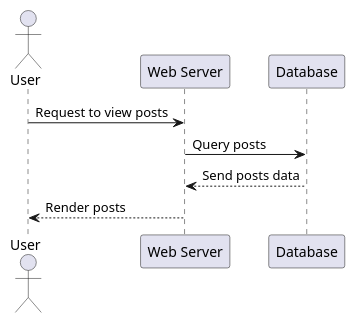
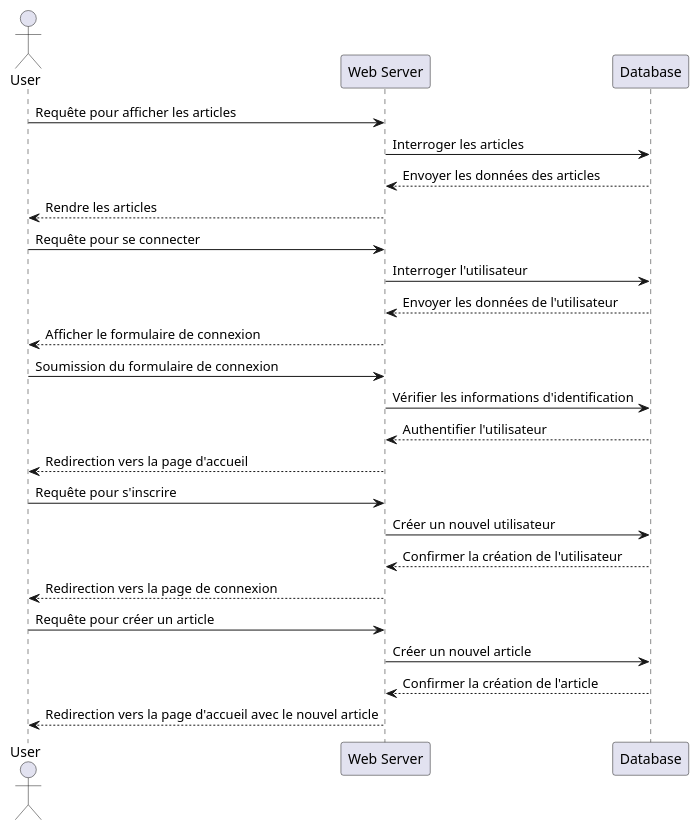
The diagram in graphs/sequence.plantuml (SikroxMemer/BloggerPy), drawn with PlantUML before and after one commit. The commit also changed 8 other files, not shown here.

```diff
--- a/graphs/sequence.plantuml
+++ b/graphs/sequence.plantuml
@@ -1,13 +1,33 @@
 @startuml Sequence
 
 ' Sequence Diagram
 actor User
 participant "Web Server" as Server
 participant "Database" as DB
 
-User -> Server: Request to view posts
-Server -> DB: Query posts
-DB --> Server: Send posts data
-Server --> User: Render posts
+User -> Server: Requête pour afficher les articles
+Server -> DB: Interroger les articles
+DB --> Server: Envoyer les données des articles
+Server --> User: Rendre les articles
+
+User -> Server: Requête pour se connecter
+Server -> DB: Interroger l'utilisateur
+DB --> Server: Envoyer les données de l'utilisateur
+Server --> User: Afficher le formulaire de connexion
+
+User -> Server: Soumission du formulaire de connexion
+Server -> DB: Vérifier les informations d'identification
+DB --> Server: Authentifier l'utilisateur
+Server --> User: Redirection vers la page d'accueil
+
+User -> Server: Requête pour s'inscrire
+Server -> DB: Créer un nouvel utilisateur
+DB --> Server: Confirmer la création de l'utilisateur
+Server --> User: Redirection vers la page de connexion
+
+User -> Server: Requête pour créer un article
+Server -> DB: Créer un nouvel article
+DB --> Server: Confirmer la création de l'article
+Server --> User: Redirection vers la page d'accueil avec le nouvel article
 
 @enduml
```
